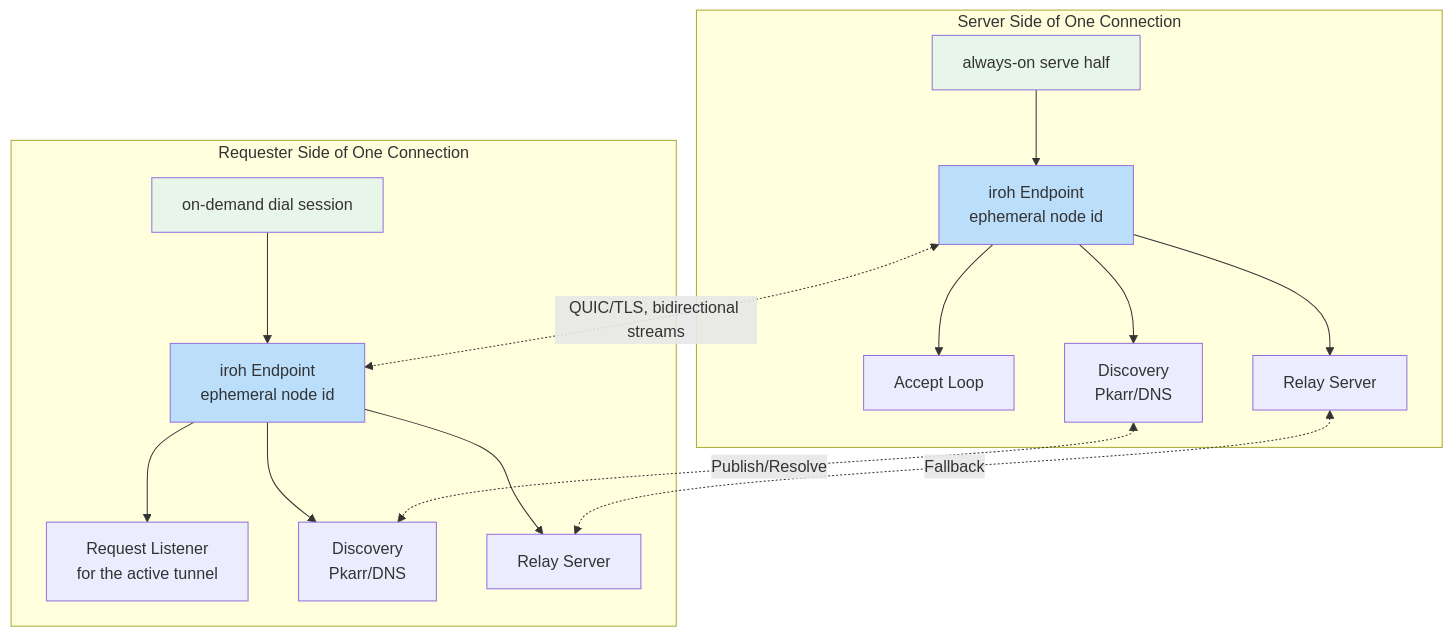
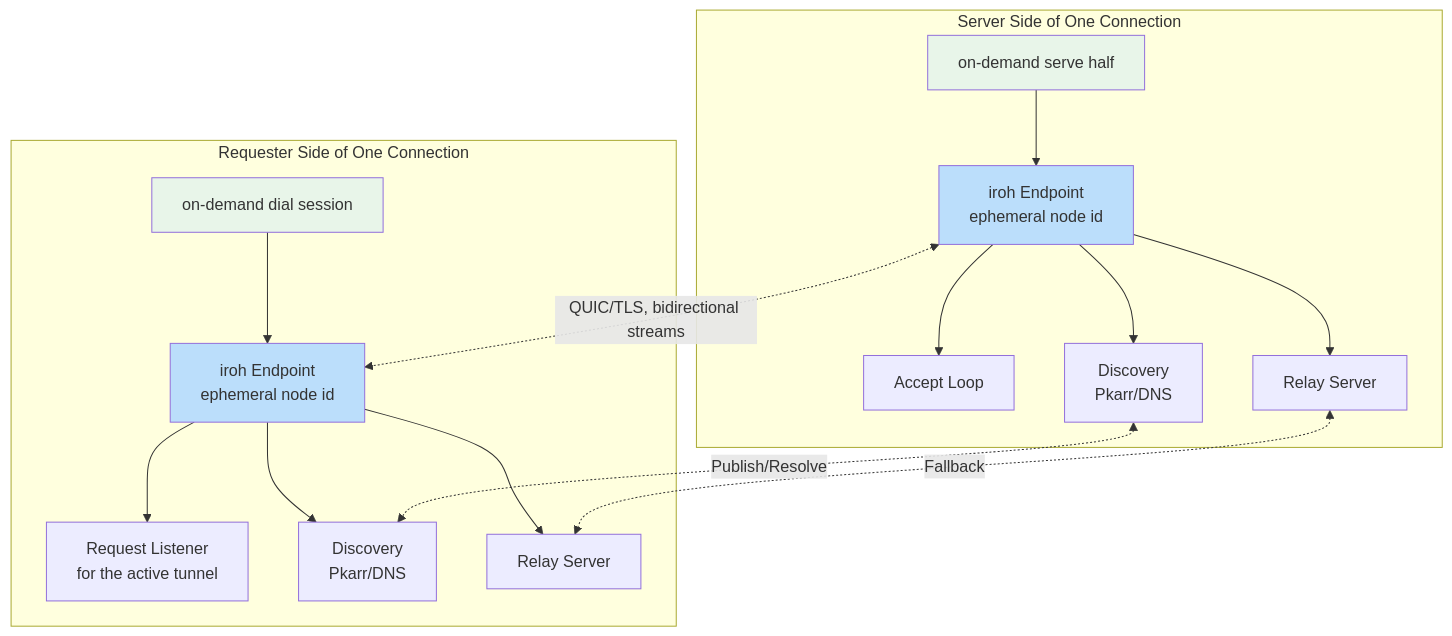
One commit to andrewtheguy/duopipe changed the fifth of 21 diagrams in docs/ARCHITECTURE.md. Above: the diagram before and after it, drawn with Mermaid. The commit also changed other lines of this file and 6 other files, not shown here.

````diff
--- a/docs/ARCHITECTURE.md
+++ b/docs/ARCHITECTURE.md
@@ -162,37 +162,37 @@
 ```mermaid
 graph TB
     subgraph "Server Side of One Connection"
-        A[always-on serve half]
+        A[on-demand serve half]
         B[iroh Endpoint<br/>ephemeral node id]
         C[Accept Loop]
         D[Discovery<br/>Pkarr/DNS]
         E[Relay Server]
     end
 
     subgraph "Requester Side of One Connection"
         F[on-demand dial session]
         G[iroh Endpoint<br/>ephemeral node id]
         H[Request Listener<br/>for the active tunnel]
         I[Discovery<br/>Pkarr/DNS]
         J[Relay Server]
     end
 
     A --> B
     B --> C
     B --> D
     B --> E
 
     F --> G
     G --> H
     G --> I
     G --> J
 
     B <-.QUIC/TLS, bidirectional streams.-> G
     D <-.Publish/Resolve.-> I
     E <-.Fallback.-> J
 
     style A fill:#E8F5E9
     style F fill:#E8F5E9
     style B fill:#BBDEFB
     style G fill:#BBDEFB
 ```
````
